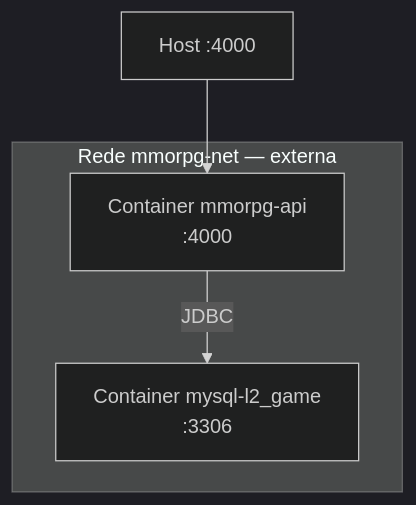
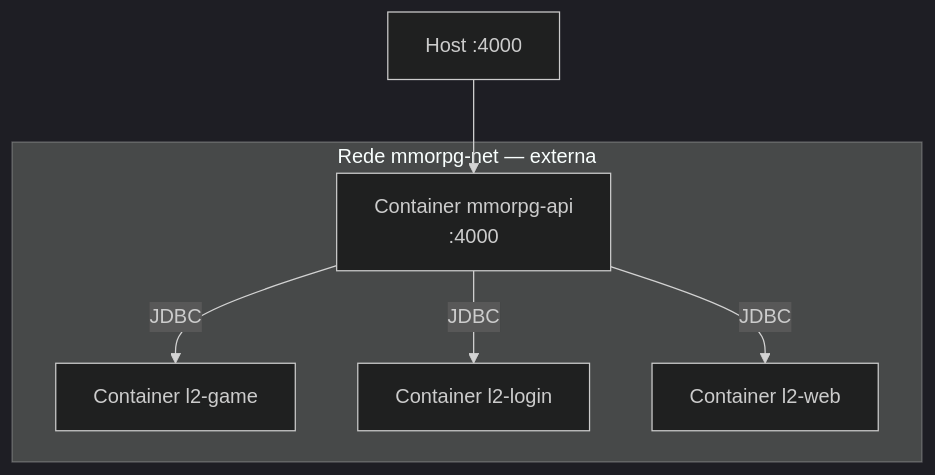
One commit to Campos1987/mmorpg-platform-api changed the fifth of 5 diagrams in ARCHITECTURE.md. Above: the diagram before and after it, drawn with Mermaid (dark theme). The commit also changed other lines of this file and 23 other files, not shown here.

````diff
--- a/ARCHITECTURE.md
+++ b/ARCHITECTURE.md
@@ -404,10 +404,14 @@
 ```mermaid
 flowchart TB
     subgraph docker_network [Rede mmorpg-net — externa]
         API[Container mmorpg-api<br/>:4000]
-        MYSQL[Container mysql-l2_game<br/>:3306]
+        GAME[Container l2-game]
+        LOGIN[Container l2-login]
+        WEB[Container l2-web]
     end
 
     HOST[Host :4000] --> API
-    API -->|JDBC| MYSQL
+    API -->|JDBC| GAME
+    API -->|JDBC| LOGIN
+    API -->|JDBC| WEB
 ```
````
